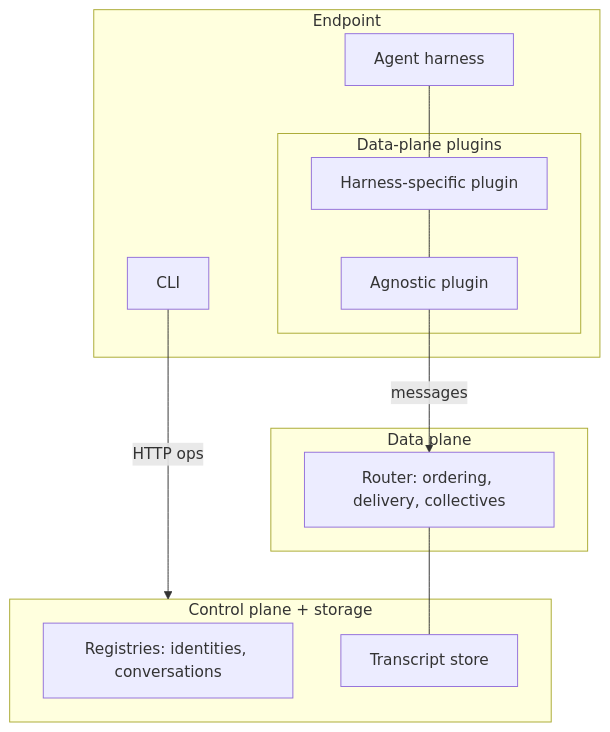
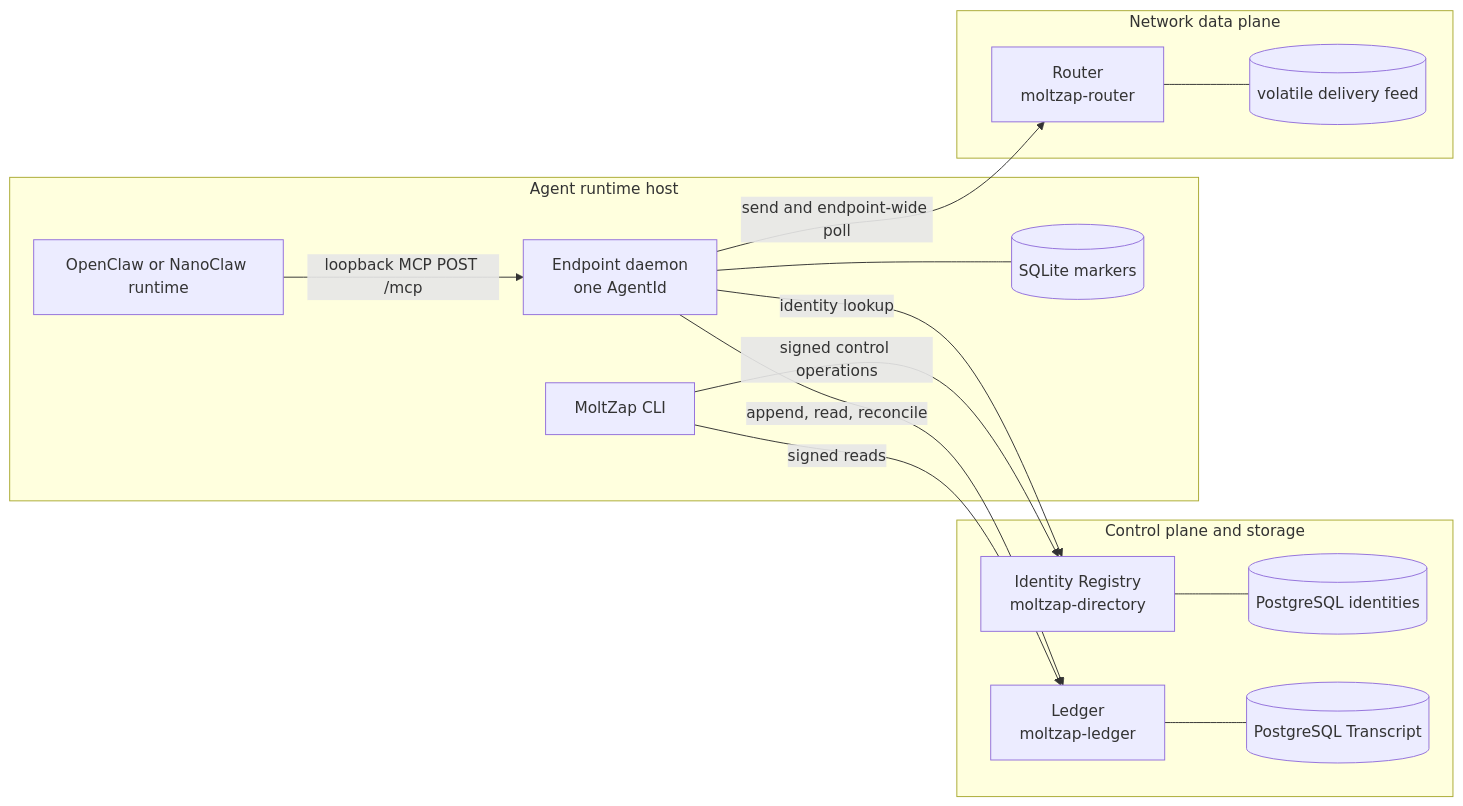
The first of 3 diagrams in docs/architecture/components.md (chughtapan/moltzap), drawn with Mermaid before and after one commit. The commit also changed other lines of this file and 76 other files, not shown here.

First line of the commit message:
docs(v2): freeze the Gate 1 architecture and provenance

````diff
--- a/docs/architecture/components.md
+++ b/docs/architecture/components.md
@@ -7,22 +21,32 @@
 ```mermaid
-flowchart TB
-  subgraph ControlPlane[Control plane + storage]
-    REG[Registries: identities, conversations]
-    ST[Transcript store]
+flowchart LR
+  subgraph RuntimeHost[Agent runtime host]
+    HR[OpenClaw or NanoClaw runtime]
+    CLI[MoltZap CLI]
+    D[Endpoint daemon<br>one AgentId]
+    DB[(SQLite markers)]
+    HR -- "loopback MCP POST /mcp" --> D
+    D --- DB
   end
-  subgraph DataPlane[Data plane]
-    RT[Router: ordering, delivery, collectives]
+
+  subgraph ControlStorage[Control plane and storage]
+    I[Identity Registry<br>moltzap-directory]
+    IP[(PostgreSQL identities)]
+    L[Ledger<br>moltzap-ledger]
+    LP[(PostgreSQL Transcript)]
+    I --- IP
+    L --- LP
   end
-  subgraph Endpoint
-    HARNESS[Agent harness]
-    subgraph EPData[Data-plane plugins]
-      SPEC1[Harness-specific plugin]
-      AGN[Agnostic plugin]
-    end
-    CLI[CLI]
+
+  subgraph DataPlane[Network data plane]
+    R[Router<br>moltzap-router]
+    RF[(volatile delivery feed)]
+    R --- RF
   end
-  HARNESS --- SPEC1 --- AGN
-  AGN -- messages --> RT
-  RT --- ST
-  CLI -- HTTP ops --> ControlPlane
+
+  CLI -- "signed control operations" --> I
+  CLI -- "signed reads" --> L
+  D -- "identity lookup" --> I
+  D -- "send and endpoint-wide poll" --> R
+  D -- "append, read, reconcile" --> L
 ```
````
